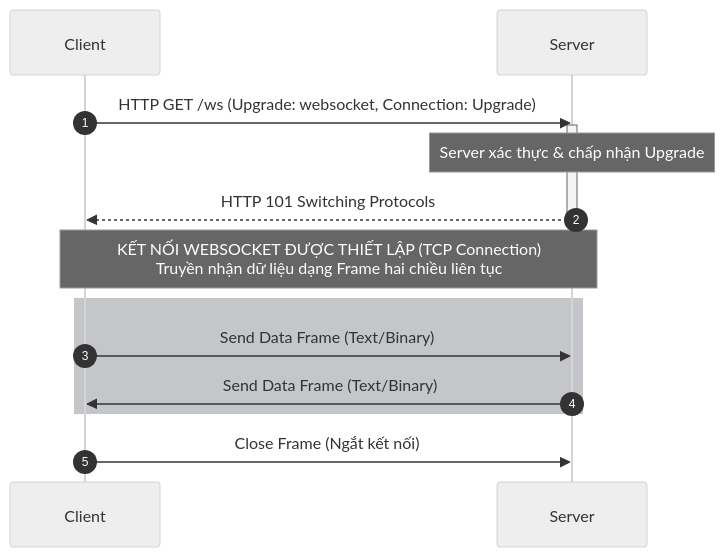
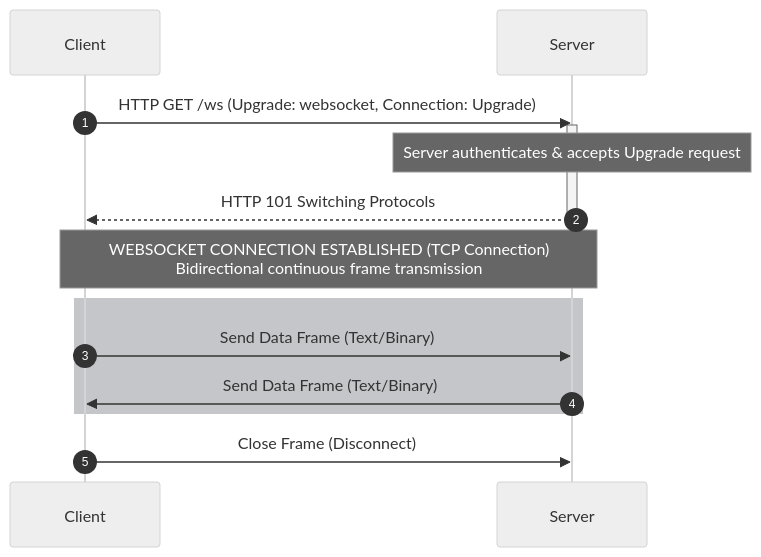
Before and after one commit to HarryDo29/go-app: the first of 3 diagrams in scripts/websocket.md, drawn with Mermaid (neutral theme). The commit also changed other lines of this file and 3 other files, not shown here.

````diff
--- a/scripts/websocket.md
+++ b/scripts/websocket.md
@@ -11,18 +11,18 @@
 ```mermaid
 sequenceDiagram
     autonumber
     Client->>Server: HTTP GET /ws (Upgrade: websocket, Connection: Upgrade)
     activate Server
-    Note over Server: Server xác thực & chấp nhận Upgrade
+    Note over Server: Server authenticates & accepts Upgrade request
     Server-->>Client: HTTP 101 Switching Protocols
     deactivate Server
 
-    Note over Client, Server: KẾT NỐI WEBSOCKET ĐƯỢC THIẾT LẬP (TCP Connection)<br/>Truyền nhận dữ liệu dạng Frame hai chiều liên tục
-
+    Note over Client, Server: WEBSOCKET CONNECTION ESTABLISHED (TCP Connection)<br/>Bidirectional continuous frame transmission
+    
     rect rgba(196, 198, 201, 1)
         Client->>Server: Send Data Frame (Text/Binary)
         Server->>Client: Send Data Frame (Text/Binary)
     end
 
-    Client->>Server: Close Frame (Ngắt kết nối)
+    Client->>Server: Close Frame (Disconnect)
 ```
````
